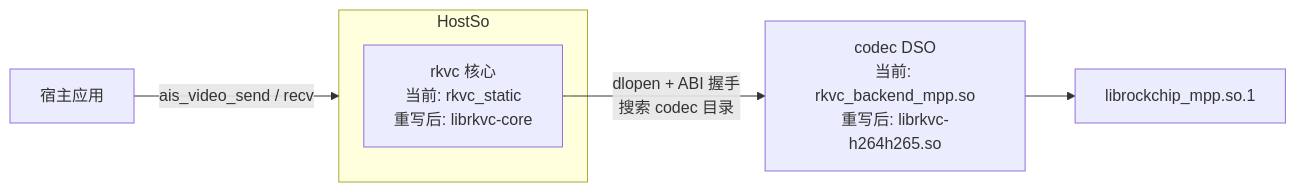
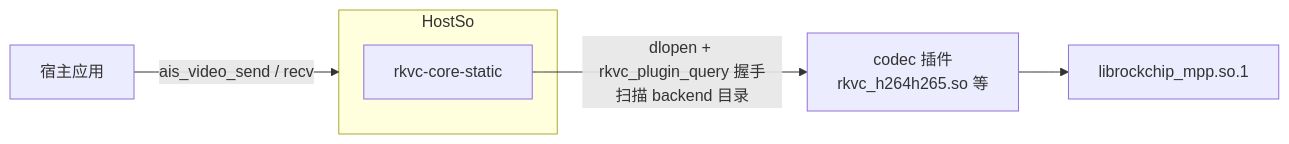
The diagram in docs/semantic-codec-sdk-integration.md (Puiching-Memory/rockchip-video-codec), drawn with Mermaid before and after one commit. The commit also changed other lines of this file and 19 other files, not shown here.

````diff
--- a/docs/semantic-codec-sdk-integration.md
+++ b/docs/semantic-codec-sdk-integration.md
@@ -35,9 +34,9 @@
 ```mermaid
 flowchart LR
     App[宿主应用] -->|"ais_video_send / recv"| HostSo["libais_semantic_codec.so<br/>(C++ 适配层)"]
     subgraph HostSo
-        RC[rkvc 核心<br/>当前: rkvc_static<br/>重写后: librkvc-core]
+        RC[rkvc-core-static]
     end
-    RC -->|"dlopen + ABI 握手<br/>搜索 codec 目录"| BE[codec DSO<br/>当前: rkvc_backend_mpp.so<br/>重写后: librkvc-h264h265.so]
+    RC -->|"dlopen + rkvc_plugin_query 握手<br/>扫描 backend 目录"| BE[codec 插件<br/>rkvc_h264h265.so 等]
     BE --> MPP["librockchip_mpp.so.1"]
 ```
````
